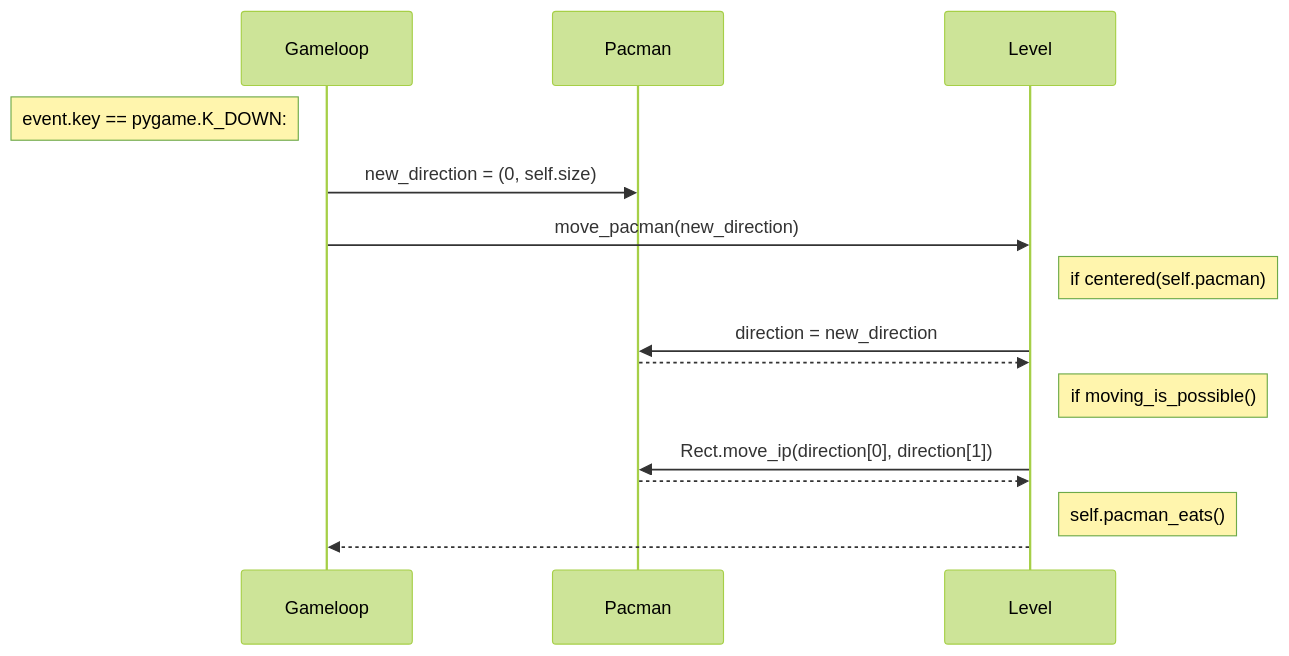
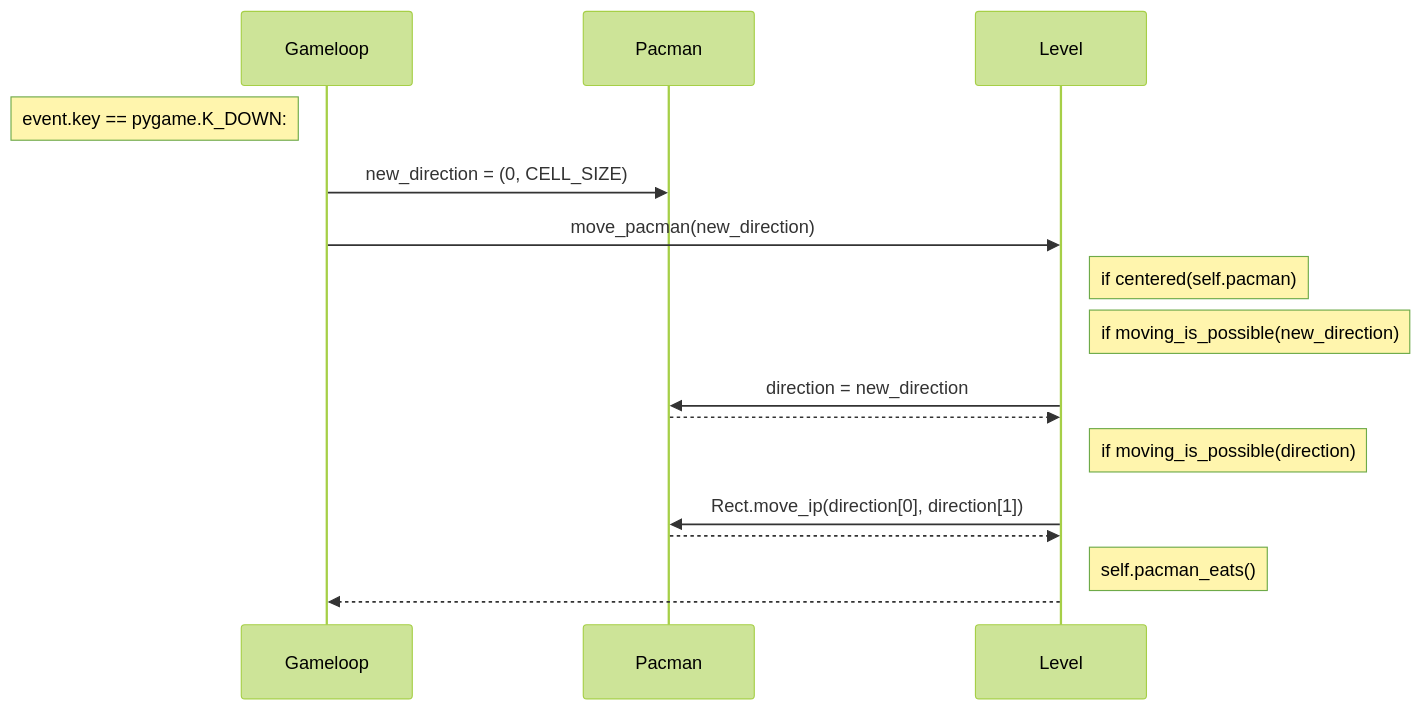
One commit to henriimmonen/ot-harjoitustyo changed the second of 3 diagrams in dokumentaatio/arkkitehtuuri.md. Above: the diagram before and after it, drawn with Mermaid (forest theme). The commit also changed other lines of this file, not shown here.

````diff
--- a/dokumentaatio/arkkitehtuuri.md
+++ b/dokumentaatio/arkkitehtuuri.md
@@ -28,14 +36,15 @@
 ```mermaid
 sequenceDiagram
 	Note left of Gameloop: event.key == pygame.K_DOWN:
-	Gameloop->>Pacman: new_direction = (0, self.size)
+	Gameloop->>Pacman: new_direction = (0, CELL_SIZE)
 	Gameloop->>Level: move_pacman(new_direction)
 	Note right of Level: if centered(self.pacman)
+	Note right of Level: if moving_is_possible(new_direction)
 	Level->>Pacman: direction = new_direction
 	Pacman-->>Level: ;
-	Note right of Level: if moving_is_possible()
+	Note right of Level: if moving_is_possible(direction)
 	Level->>Pacman: Rect.move_ip(direction[0], direction[1])
 	Pacman-->>Level: ;
 	Note right of Level: self.pacman_eats()
 	Level-->>Gameloop: ;
 ```
````
